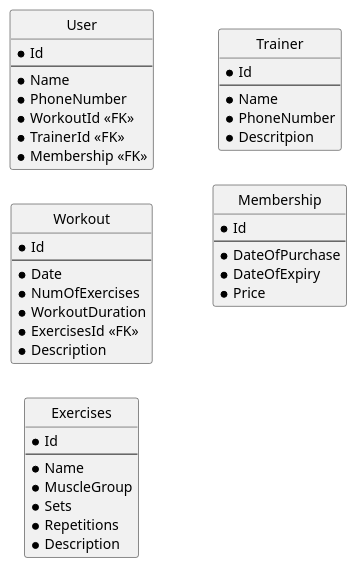
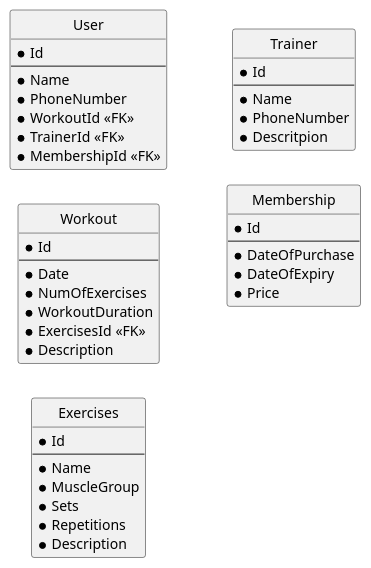
Before and after one commit to PeterMalinowski/FitnessModell: the diagram in fitness.puml, drawn with PlantUML.

```diff
--- a/fitness.puml
+++ b/fitness.puml
@@ -1,54 +1,54 @@
 @startuml fitness
 
 hide circle
 left to right direction
 
 
 entity User{
     *Id
     ---
     *Name
     *PhoneNumber
     *WorkoutId <<FK>>
     *TrainerId <<FK>>
-    *Membership <<FK>>
+    *MembershipId <<FK>>
 }
 
 entity Workout{
     *Id
     ---
     *Date
     *NumOfExercises
     *WorkoutDuration
     *ExercisesId <<FK>>
     *Description
 }
 
 entity Exercises{
     *Id
     ---
     *Name
     *MuscleGroup
     *Sets
     *Repetitions
     *Description
 }
 
 entity Trainer{
     *Id
     ---
     *Name
     *PhoneNumber
     *Descritpion
 }
 
 entity Membership{
     *Id
     ---
     *DateOfPurchase
     *DateOfExpiry
     *Price
 }
 
 
 @enduml
```
